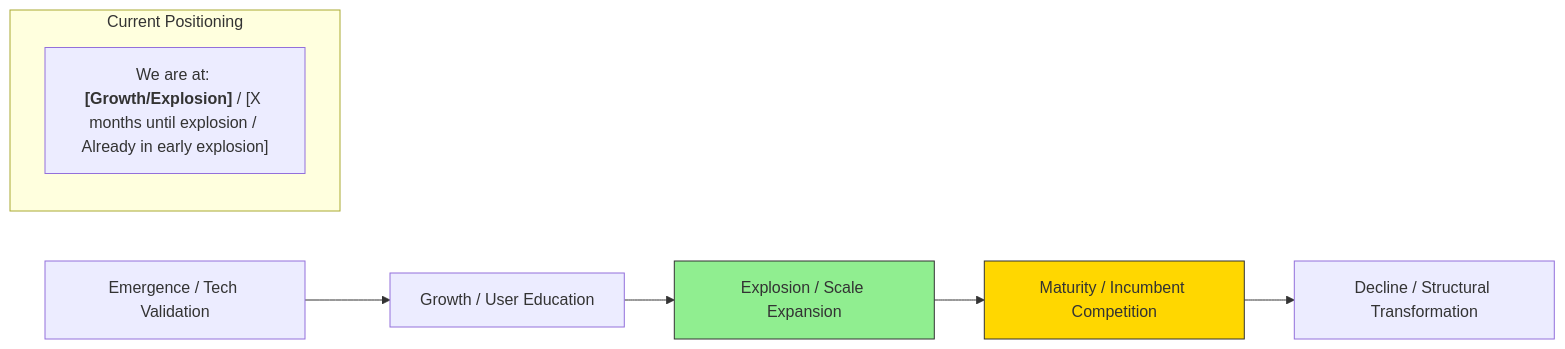
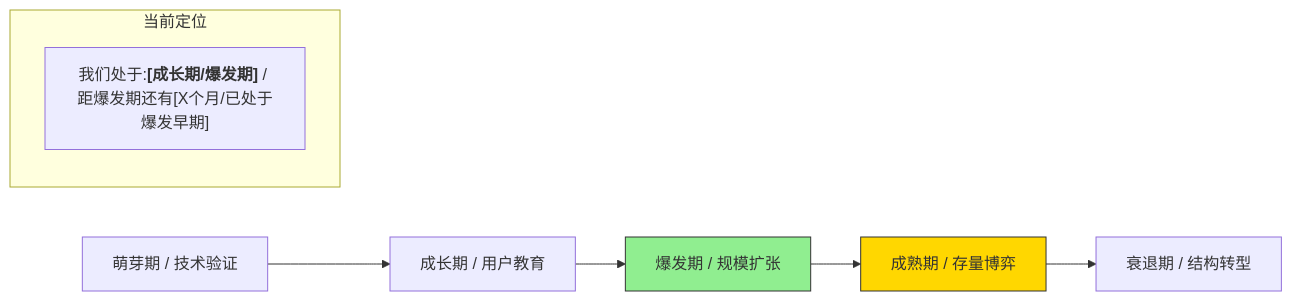
The third of 18 diagrams in templates/Product/Strategy/Template-MRD.md (Kirky-X/cangjie), drawn with Mermaid before and after one commit. The commit also changed other lines of this file and 33 other files, not shown here.

````diff
--- a/templates/Product/Strategy/Template-MRD.md
+++ b/templates/Product/Strategy/Template-MRD.md
@@ -116,13 +116,13 @@
 ```mermaid
 graph LR
-    A[Emergence / Tech Validation] --> B[Growth / User Education]
-    B --> C[Explosion / Scale Expansion]
-    C --> D[Maturity / Incumbent Competition]
-    D --> E[Decline / Structural Transformation]
+    A[萌芽期 / 技术验证] --> B[成长期 / 用户教育]
+    B --> C[爆发期 / 规模扩张]
+    C --> D[成熟期 / 存量博弈]
+    D --> E[衰退期 / 结构转型]
     style C fill:#90EE90,stroke:#333
     style D fill:#FFD700,stroke:#333
 
-    subgraph Current Positioning
-        F["We are at: <b>[Growth/Explosion]</b> / [X months until explosion / Already in early explosion]"]
+    subgraph 当前定位
+        F["我们处于:<b>[成长期/爆发期]</b> / 距爆发期还有[X个月/已处于爆发早期]"]
     end
 ```
````
